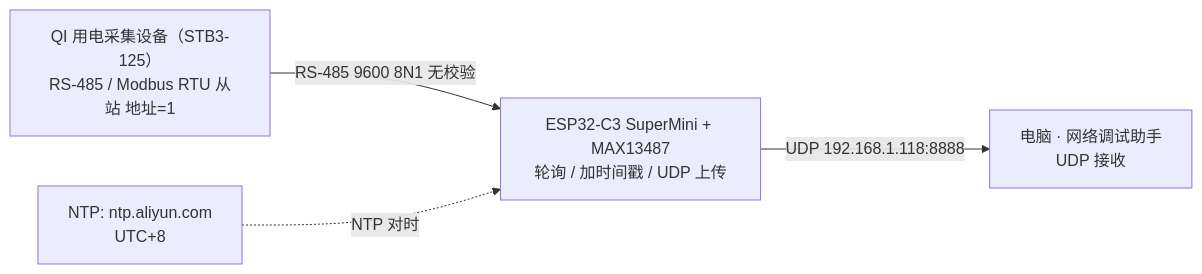
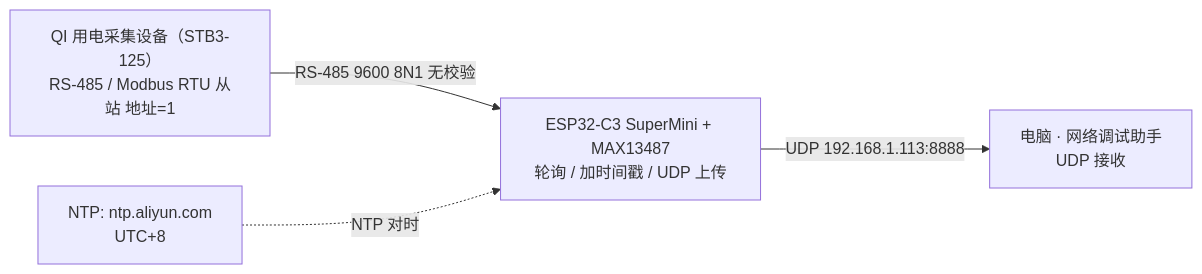
Before and after one commit to jiangtao-ml/ESP32_C3_Gateway: the first of 2 diagrams in 02_docs/01_项目任务书.md, drawn with Mermaid. The commit also changed other lines of this file and 5 other files, not shown here.

````diff
--- a/02_docs/01_项目任务书.md
+++ b/02_docs/01_项目任务书.md
@@ -123,11 +123,11 @@
 ```mermaid
 flowchart LR
     QI["QI 用电采集设备（STB3-125）<br/>RS-485 / Modbus RTU 从站 地址=1"]
     ESP["ESP32-C3 SuperMini + MAX13487<br/>轮询 / 加时间戳 / UDP 上传"]
     PC["电脑 · 网络调试助手<br/>UDP 接收"]
     NTP["NTP: ntp.aliyun.com<br/>UTC+8"]
 
     QI -- "RS-485 9600 8N1 无校验" --> ESP
     NTP -. "NTP 对时" .-> ESP
-    ESP -- "UDP 192.168.1.118:8888" --> PC
+    ESP -- "UDP 192.168.1.113:8888" --> PC
 ```
````
